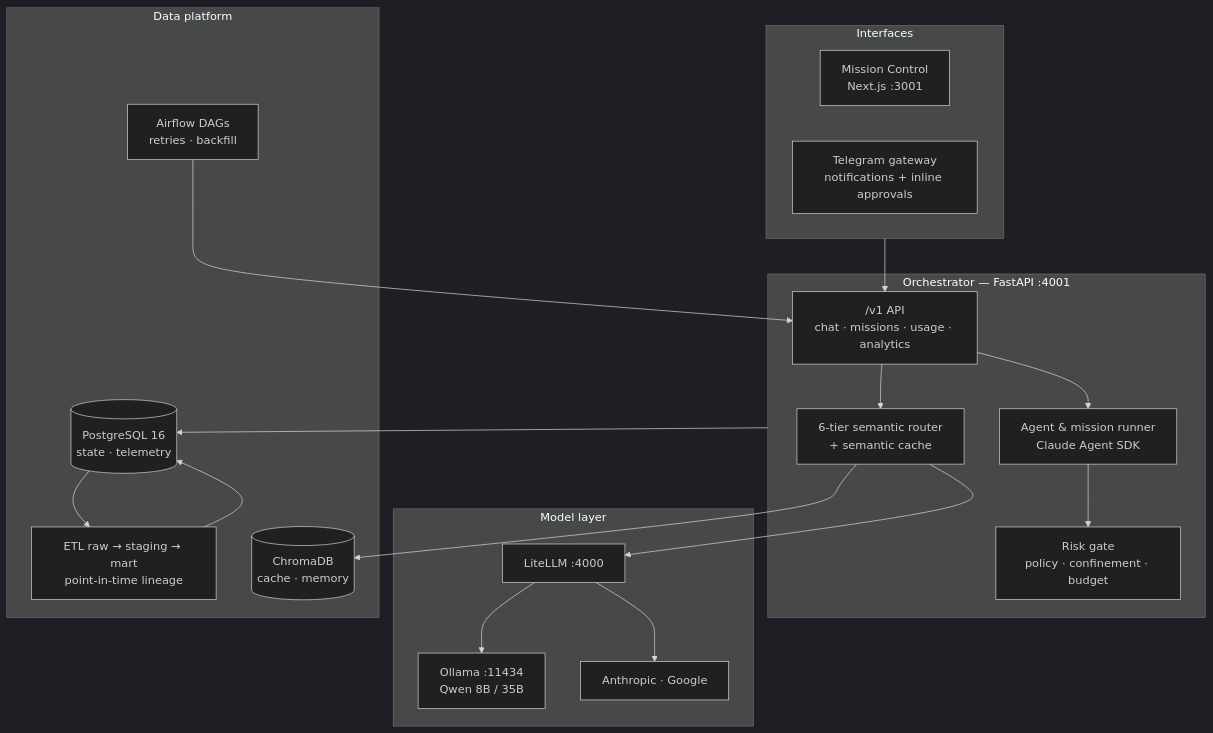
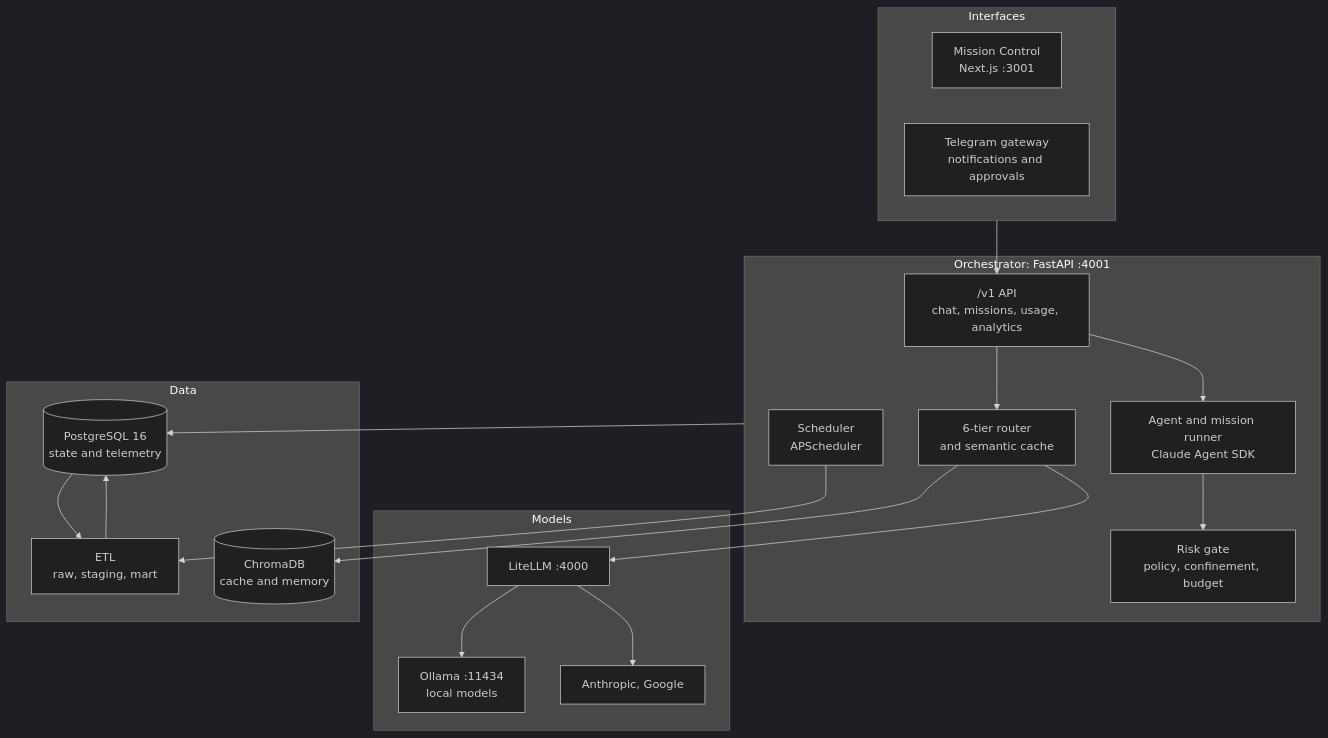
One commit to st3fansrb/kage.ai changed the diagram in README.md. Above: the diagram before and after it, drawn with Mermaid (dark theme). The commit also changed other lines of this file and 4 other files, not shown here.

````diff
--- a/README.md
+++ b/README.md
@@ -94,35 +71,35 @@
 ```mermaid
 flowchart TB
     subgraph clients["Interfaces"]
         MC["Mission Control<br/>Next.js :3001"]
-        TG["Telegram gateway<br/>notifications + inline approvals"]
+        TG["Telegram gateway<br/>notifications and approvals"]
     end
 
-    subgraph core["Orchestrator — FastAPI :4001"]
-        API["/v1 API<br/>chat · missions · usage · analytics"]
-        ROUTE["6-tier semantic router<br/>+ semantic cache"]
-        GATE["Risk gate<br/>policy · confinement · budget"]
-        RUN["Agent & mission runner<br/>Claude Agent SDK"]
+    subgraph core["Orchestrator: FastAPI :4001"]
+        API["/v1 API<br/>chat, missions, usage, analytics"]
+        ROUTE["6-tier router<br/>and semantic cache"]
+        GATE["Risk gate<br/>policy, confinement, budget"]
+        RUN["Agent and mission runner<br/>Claude Agent SDK"]
+        SCHED["Scheduler<br/>APScheduler"]
     end
 
-    subgraph models["Model layer"]
+    subgraph models["Models"]
         LL["LiteLLM :4000"]
-        OL["Ollama :11434<br/>Qwen 8B / 35B"]
-        CL["Anthropic · Google"]
+        OL["Ollama :11434<br/>local models"]
+        CL["Anthropic, Google"]
     end
 
-    subgraph data["Data platform"]
-        PG[("PostgreSQL 16<br/>state · telemetry")]
-        ETL["ETL raw → staging → mart<br/>point-in-time lineage"]
-        AF["Airflow DAGs<br/>retries · backfill"]
-        CH[("ChromaDB<br/>cache · memory")]
+    subgraph data["Data"]
+        PG[("PostgreSQL 16<br/>state and telemetry")]
+        ETL["ETL<br/>raw, staging, mart"]
+        CH[("ChromaDB<br/>cache and memory")]
     end
 
     clients --> API
     API --> ROUTE --> LL
     API --> RUN --> GATE
     LL --> OL & CL
     ROUTE --> CH
     core --> PG --> ETL --> PG
-    AF --> API
+    SCHED --> ETL
 ```
````
